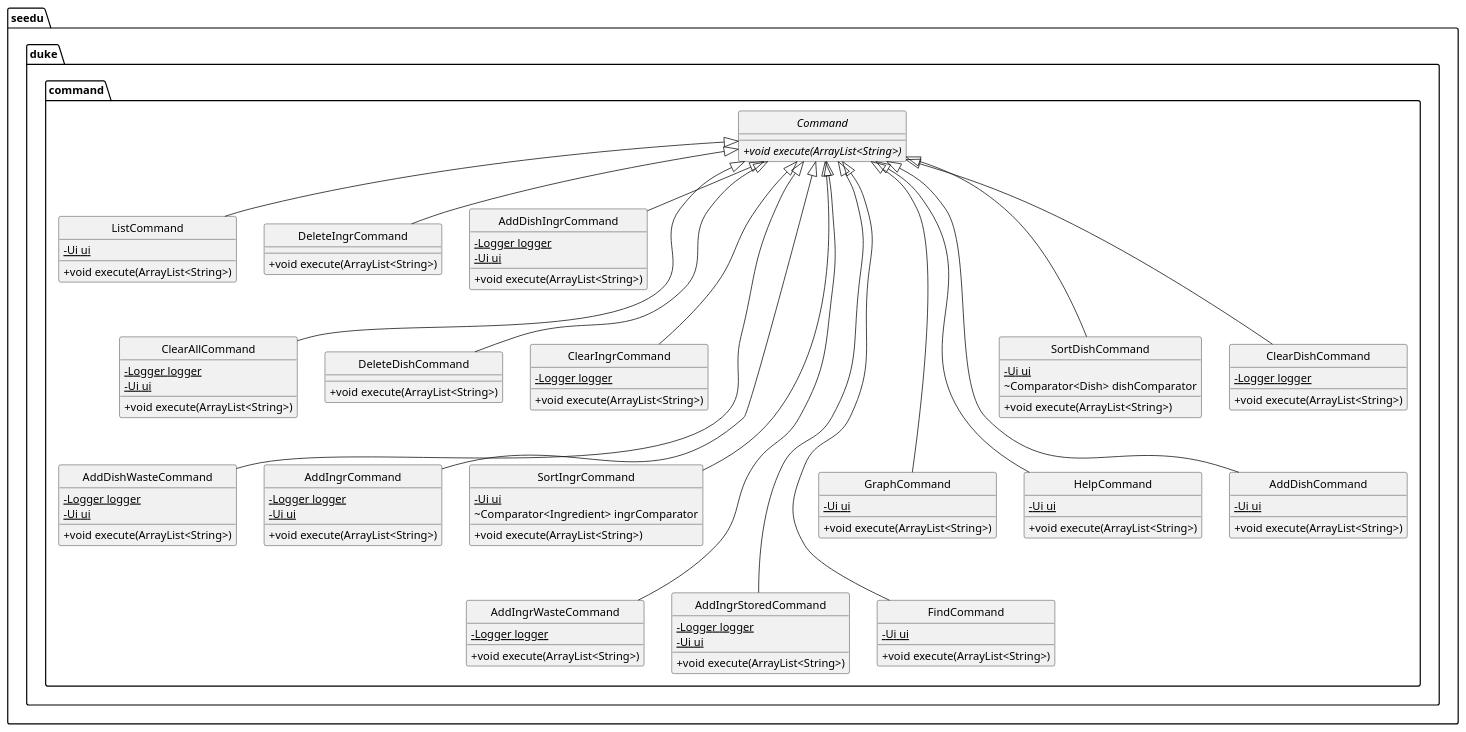
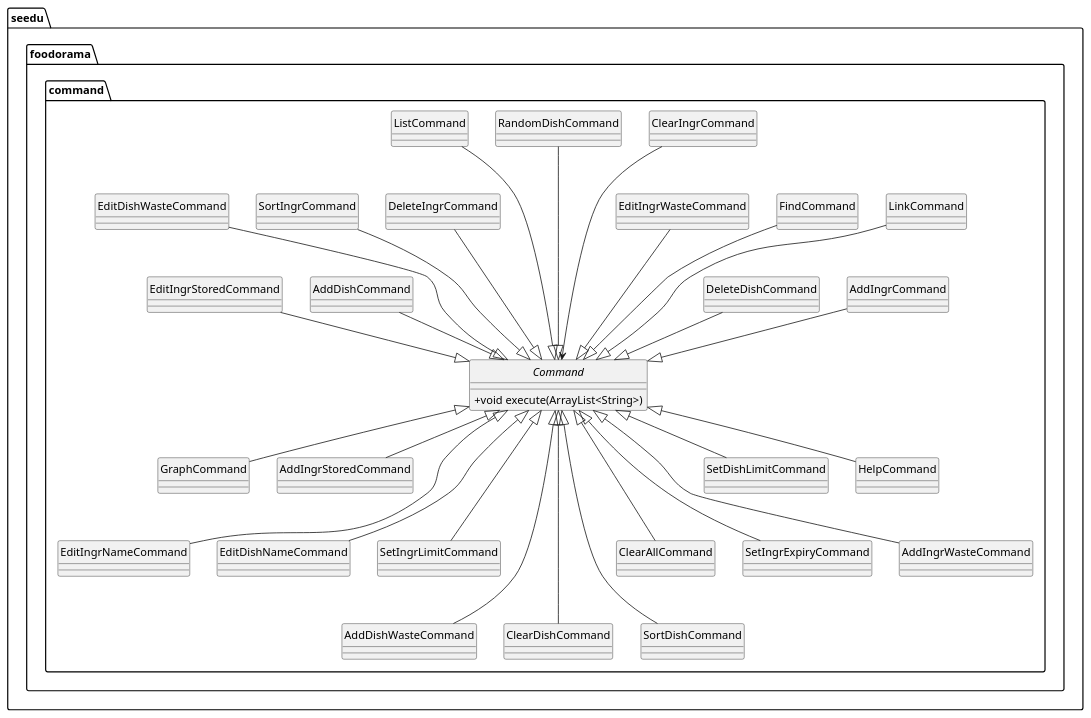
One commit to nus-cs2113-AY2122S1/tp changed the diagram in docs/puml/command_class_abstraction.puml. Above: the diagram before and after it, drawn with PlantUML. The commit also changed 4 other files, not shown here.

```diff
--- a/docs/puml/command_class_abstraction.puml
+++ b/docs/puml/command_class_abstraction.puml
@@ -1,101 +1,115 @@
 @startuml
 
 hide circle
 skinparam classAttributeIconSize 0
 
-class seedu.duke.command.ListCommand {
-- {static} Ui ui
-+ void execute(ArrayList<String>)
+class seedu.foodorama.command.EditIngrStoredCommand {
+
 }
-class seedu.duke.command.DeleteIngrCommand {
-+ void execute(ArrayList<String>)
+class seedu.foodorama.command.AddDishCommand {
+
 }
-class seedu.duke.command.AddDishIngrCommand {
-- {static} Logger logger
-- {static} Ui ui
-+ void execute(ArrayList<String>)
+class seedu.foodorama.command.EditDishWasteCommand {
+
 }
-abstract class seedu.duke.command.Command {
-+ {abstract}void execute(ArrayList<String>)
+class seedu.foodorama.command.SortIngrCommand {
+
 }
-class seedu.duke.command.ClearAllCommand {
-- {static} Logger logger
-- {static} Ui ui
-+ void execute(ArrayList<String>)
+class seedu.foodorama.command.DeleteIngrCommand {
+
 }
-class seedu.duke.command.DeleteDishCommand {
-+ void execute(ArrayList<String>)
+class seedu.foodorama.command.ListCommand {
+
 }
-class seedu.duke.command.ClearIngrCommand {
-- {static} Logger logger
-+ void execute(ArrayList<String>)
+class seedu.foodorama.command.RandomDishCommand {
+
 }
-class seedu.duke.command.AddDishWasteCommand {
-- {static} Logger logger
-- {static} Ui ui
-+ void execute(ArrayList<String>)
+class seedu.foodorama.command.ClearIngrCommand {
+
 }
-class seedu.duke.command.AddIngrCommand {
-- {static} Logger logger
-- {static} Ui ui
-+ void execute(ArrayList<String>)
+class seedu.foodorama.command.EditIngrWasteCommand {
+
 }
-class seedu.duke.command.SortIngrCommand {
-- {static} Ui ui
-~ Comparator<Ingredient> ingrComparator
-+ void execute(ArrayList<String>)
+class seedu.foodorama.command.FindCommand {
+
 }
-class seedu.duke.command.AddIngrWasteCommand {
-- {static} Logger logger
-+ void execute(ArrayList<String>)
+class seedu.foodorama.command.LinkCommand {
+
 }
-class seedu.duke.command.AddIngrStoredCommand {
-- {static} Logger logger
-- {static} Ui ui
-+ void execute(ArrayList<String>)
+class seedu.foodorama.command.DeleteDishCommand {
+
 }
-class seedu.duke.command.FindCommand {
-- {static} Ui ui
-+ void execute(ArrayList<String>)
+class seedu.foodorama.command.AddIngrCommand {
+
 }
-class seedu.duke.command.GraphCommand {
-- {static} Ui ui
-+ void execute(ArrayList<String>)
+class seedu.foodorama.command.GraphCommand {
+
 }
-class seedu.duke.command.HelpCommand {
-- {static} Ui ui
-+ void execute(ArrayList<String>)
+class seedu.foodorama.command.AddIngrStoredCommand {
+
 }
-class seedu.duke.command.AddDishCommand {
-- {static} Ui ui
-+ void execute(ArrayList<String>)
+class seedu.foodorama.command.EditIngrNameCommand {
+
 }
-class seedu.duke.command.SortDishCommand {
-- {static} Ui ui
-~ Comparator<Dish> dishComparator
-+ void execute(ArrayList<String>)
+class seedu.foodorama.command.EditDishNameCommand {
+
 }
-class seedu.duke.command.ClearDishCommand {
-- {static} Logger logger
-+ void execute(ArrayList<String>)
+class seedu.foodorama.command.SetIngrLimitCommand {
+
+}
+class seedu.foodorama.command.AddDishWasteCommand {
+
+}
+class seedu.foodorama.command.ClearDishCommand {
+
+}
+class seedu.foodorama.command.SortDishCommand {
+
+}
+class seedu.foodorama.command.ClearAllCommand {
+
+}
+class seedu.foodorama.command.SetIngrExpiryCommand {
+
+}
+abstract class seedu.foodorama.command.Command {
+    + void execute(ArrayList<String>)
+}
+class seedu.foodorama.command.AddIngrWasteCommand {
+
+}
+class seedu.foodorama.command.SetDishLimitCommand {
+
+}
+class seedu.foodorama.command.HelpCommand {
+
 }
 
 
-seedu.duke.command.Command <|-- seedu.duke.command.ListCommand
-seedu.duke.command.Command <|-- seedu.duke.command.DeleteIngrCommand
-seedu.duke.command.Command <|-- seedu.duke.command.AddDishIngrCommand
-seedu.duke.command.Command <|--- seedu.duke.command.ClearAllCommand
-seedu.duke.command.Command <|--- seedu.duke.command.DeleteDishCommand
-seedu.duke.command.Command <|--- seedu.duke.command.ClearIngrCommand
-seedu.duke.command.Command <|---- seedu.duke.command.AddDishWasteCommand
-seedu.duke.command.Command <|---- seedu.duke.command.AddIngrCommand
-seedu.duke.command.Command <|---- seedu.duke.command.SortIngrCommand
-seedu.duke.command.Command <|----- seedu.duke.command.AddIngrWasteCommand
-seedu.duke.command.Command <|----- seedu.duke.command.AddIngrStoredCommand
-seedu.duke.command.Command <|----- seedu.duke.command.FindCommand
-seedu.duke.command.Command <|---- seedu.duke.command.GraphCommand
-seedu.duke.command.Command <|---- seedu.duke.command.HelpCommand
-seedu.duke.command.Command <|---- seedu.duke.command.AddDishCommand
-seedu.duke.command.Command <|--- seedu.duke.command.SortDishCommand
-seedu.duke.command.Command <|--- seedu.duke.command.ClearDishCommand
+seedu.foodorama.command.Command <|-up- seedu.foodorama.command.EditIngrStoredCommand
+seedu.foodorama.command.Command <|-up- seedu.foodorama.command.AddDishCommand
+seedu.foodorama.command.Command <|-up-- seedu.foodorama.command.EditDishWasteCommand
+seedu.foodorama.command.Command <|-up-- seedu.foodorama.command.SortIngrCommand
+seedu.foodorama.command.Command <|-up-- seedu.foodorama.command.DeleteIngrCommand
+seedu.foodorama.command.Command <|-up--- seedu.foodorama.command.ListCommand
+seedu.foodorama.command.Command <|-up--- seedu.foodorama.command.RandomDishCommand
+seedu.foodorama.command.Command <-up--- seedu.foodorama.command.ClearIngrCommand
+seedu.foodorama.command.Command <|-up-- seedu.foodorama.command.EditIngrWasteCommand
+seedu.foodorama.command.Command <|-up-- seedu.foodorama.command.FindCommand
+seedu.foodorama.command.Command <|-up-- seedu.foodorama.command.LinkCommand
+seedu.foodorama.command.Command <|-up- seedu.foodorama.command.DeleteDishCommand
+seedu.foodorama.command.Command <|-up- seedu.foodorama.command.AddIngrCommand
+seedu.foodorama.command.Command <|-- seedu.foodorama.command.GraphCommand
+seedu.foodorama.command.Command <|-- seedu.foodorama.command.AddIngrStoredCommand
+seedu.foodorama.command.Command <|--- seedu.foodorama.command.EditIngrNameCommand
+seedu.foodorama.command.Command <|--- seedu.foodorama.command.EditDishNameCommand
+seedu.foodorama.command.Command <|--- seedu.foodorama.command.SetIngrLimitCommand
+seedu.foodorama.command.Command <|---- seedu.foodorama.command.AddDishWasteCommand
+seedu.foodorama.command.Command <|---- seedu.foodorama.command.ClearDishCommand
+seedu.foodorama.command.Command <|---- seedu.foodorama.command.SortDishCommand
+seedu.foodorama.command.Command <|--- seedu.foodorama.command.ClearAllCommand
+seedu.foodorama.command.Command <|--- seedu.foodorama.command.SetIngrExpiryCommand
+seedu.foodorama.command.Command <|--- seedu.foodorama.command.AddIngrWasteCommand
+seedu.foodorama.command.Command <|-- seedu.foodorama.command.SetDishLimitCommand
+seedu.foodorama.command.Command <|-- seedu.foodorama.command.HelpCommand
 @enduml
```
